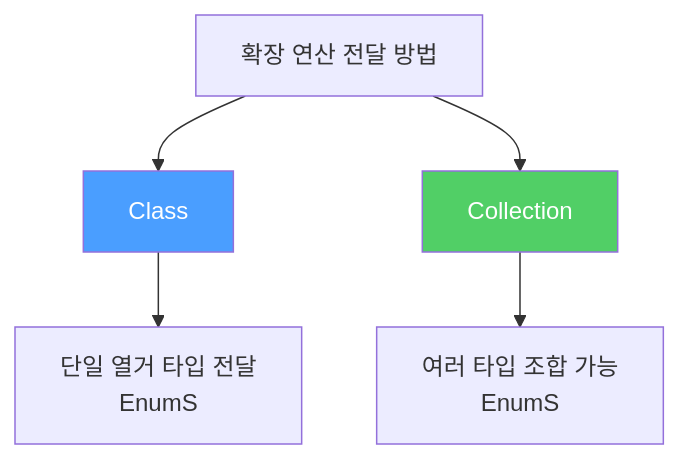
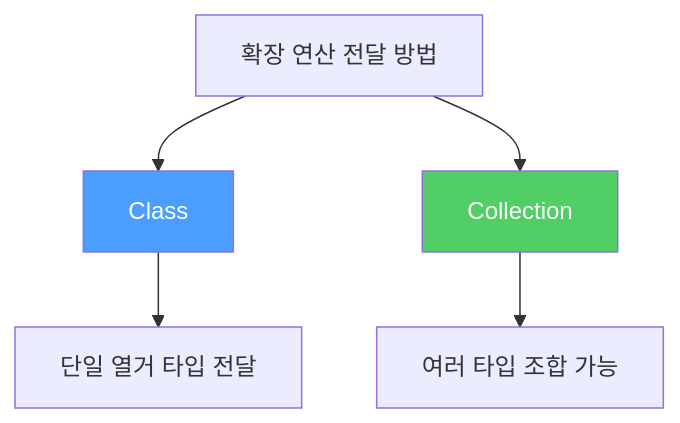
Before and after one commit to yjkim2015/yjkim2015.github.io: the second of 3 diagrams in _posts/java/2022-01-15-effective-java38.md, drawn with Mermaid. The commit also changed other lines of this file and 217 other files, not shown here.

First line of the commit message:
Mermaid 크기 수정: useMaxWidth:true + SVG max-width:100% + 라벨 축소

````diff
--- a/_posts/java/2022-01-15-effective-java38.md
+++ b/_posts/java/2022-01-15-effective-java38.md
@@ -124,9 +124,9 @@
 ```mermaid
 graph TD
     A["확장 연산 전달 방법"] --> B["Class<T extends En"]
     A --> C["Collection<? exten"]
-    B --> D["단일 열거 타입 전달\nEnumS"]
-    C --> E["여러 타입 조합 가능\nEnumS"]
+    B --> D["단일 열거 타입 전달"]
+    C --> E["여러 타입 조합 가능"]
     style B fill:#4a9eff,color:#fff
     style C fill:#51cf66,color:#fff
 ```
````
